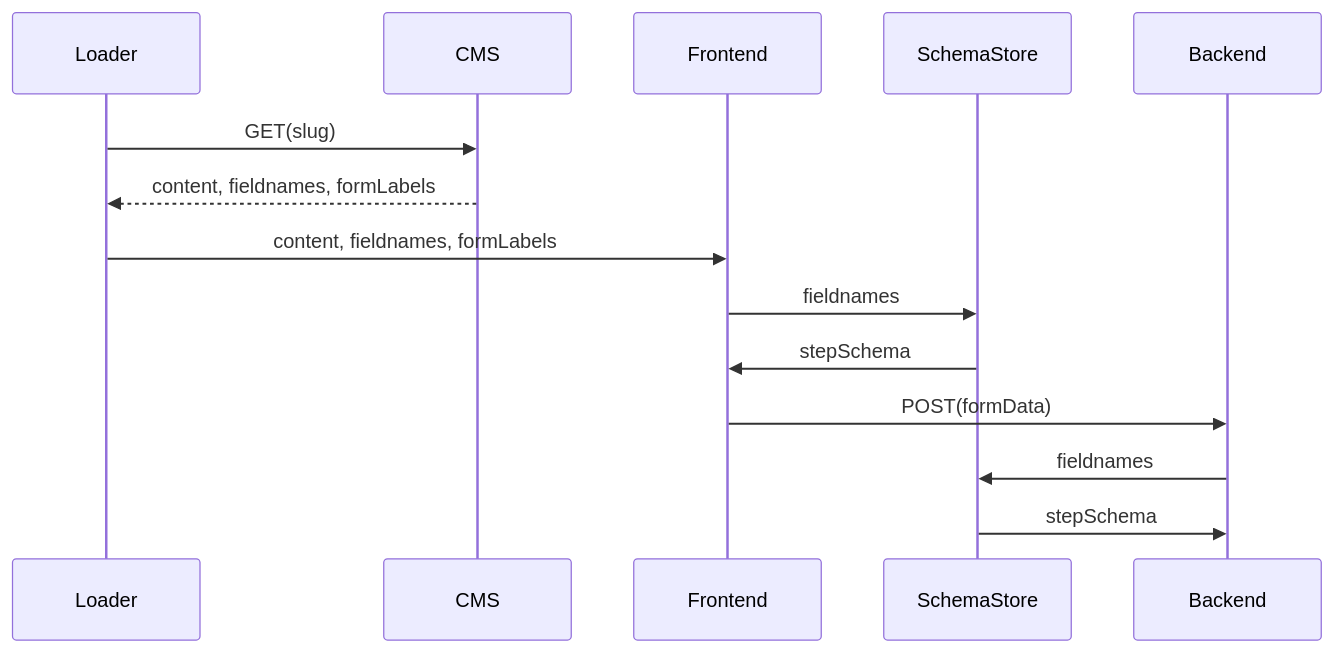
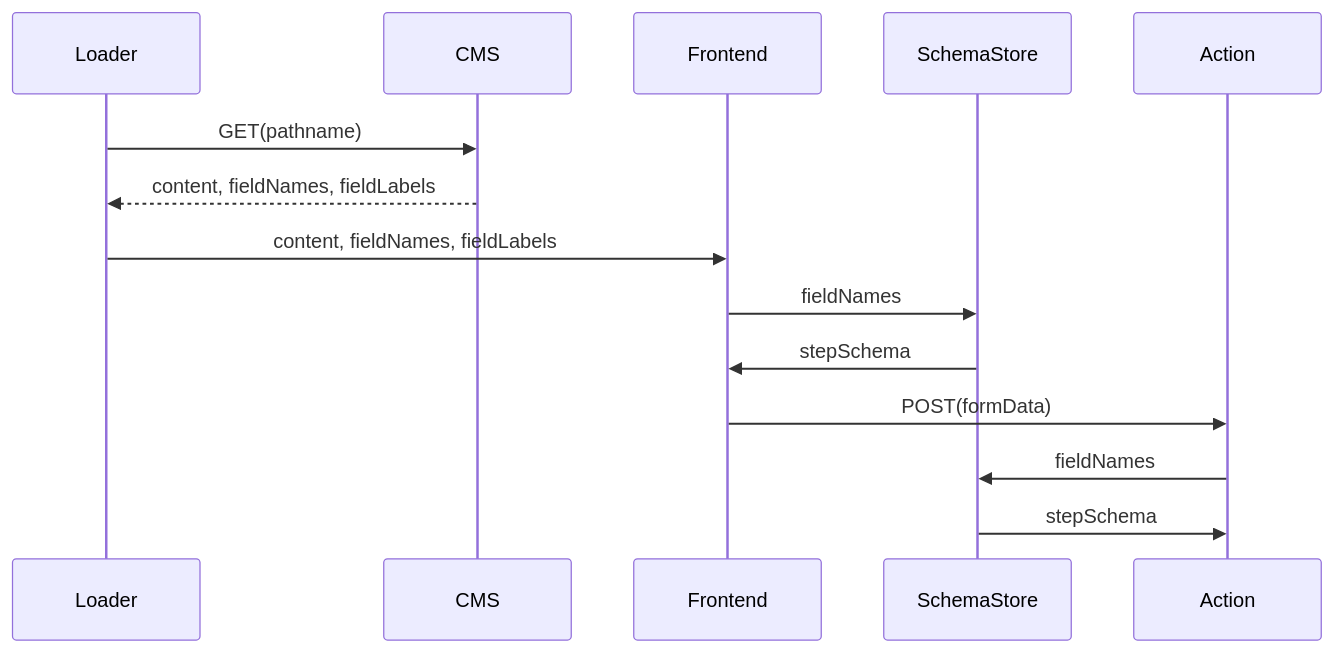
Before and after one commit to digitalservicebund/a2j-rechtsantragstelle: the first of 2 diagrams in doc/adr/0013-pageConfig-inside-application.md, drawn with Mermaid. The commit also changed other lines of this file, not shown here.

````diff
--- a/doc/adr/0013-pageConfig-inside-application.md
+++ b/doc/adr/0013-pageConfig-inside-application.md
@@ -28,12 +32,12 @@
 ```mermaid
 sequenceDiagram
 
-Loader->>CMS: GET(slug)
-CMS-->>Loader: content, fieldnames, formLabels
-Loader->>Frontend: content, fieldnames, formLabels
-Frontend->>SchemaStore: fieldnames
+Loader->>CMS: GET(pathname)
+CMS-->>Loader: content, fieldNames, fieldLabels
+Loader->>Frontend: content, fieldNames, fieldLabels
+Frontend->>SchemaStore: fieldNames
 SchemaStore->>Frontend: stepSchema
-Frontend->>Backend: POST(formData)
-Backend->>SchemaStore: fieldnames
-SchemaStore->>Backend: stepSchema
+Frontend->>Action: POST(formData)
+Action->>SchemaStore: fieldNames
+SchemaStore->>Action: stepSchema
 ```
````
